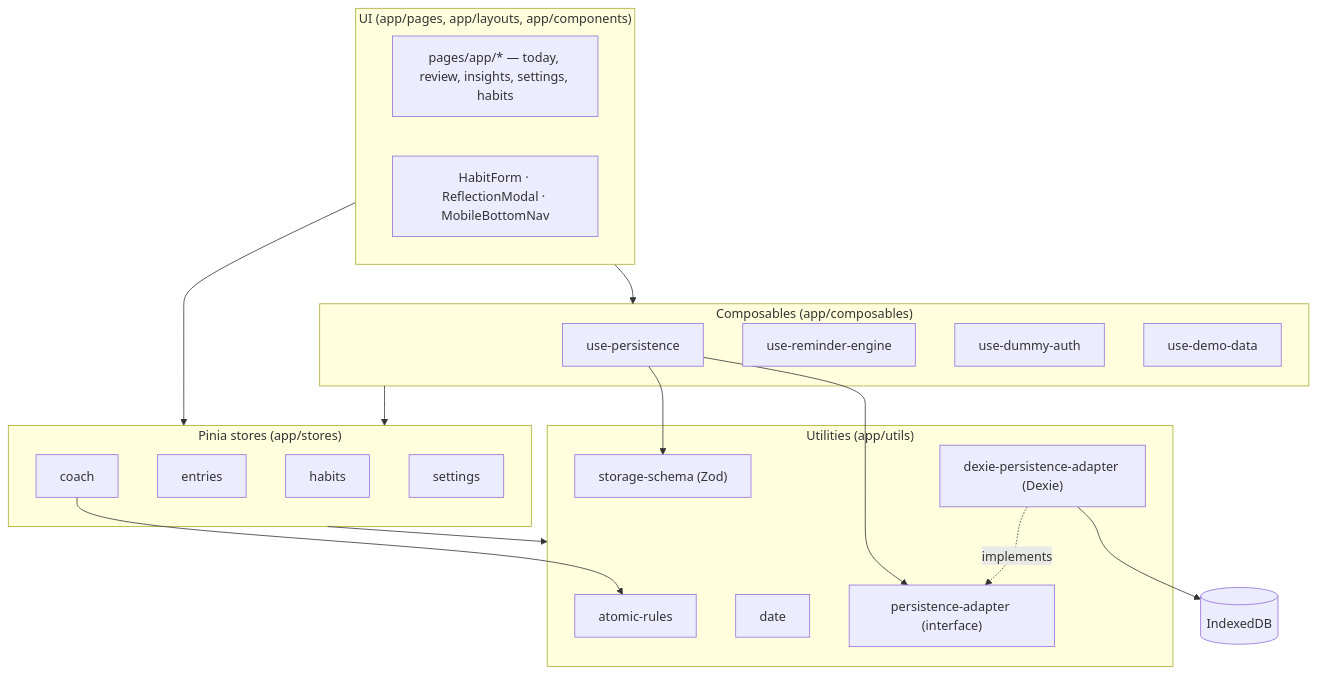
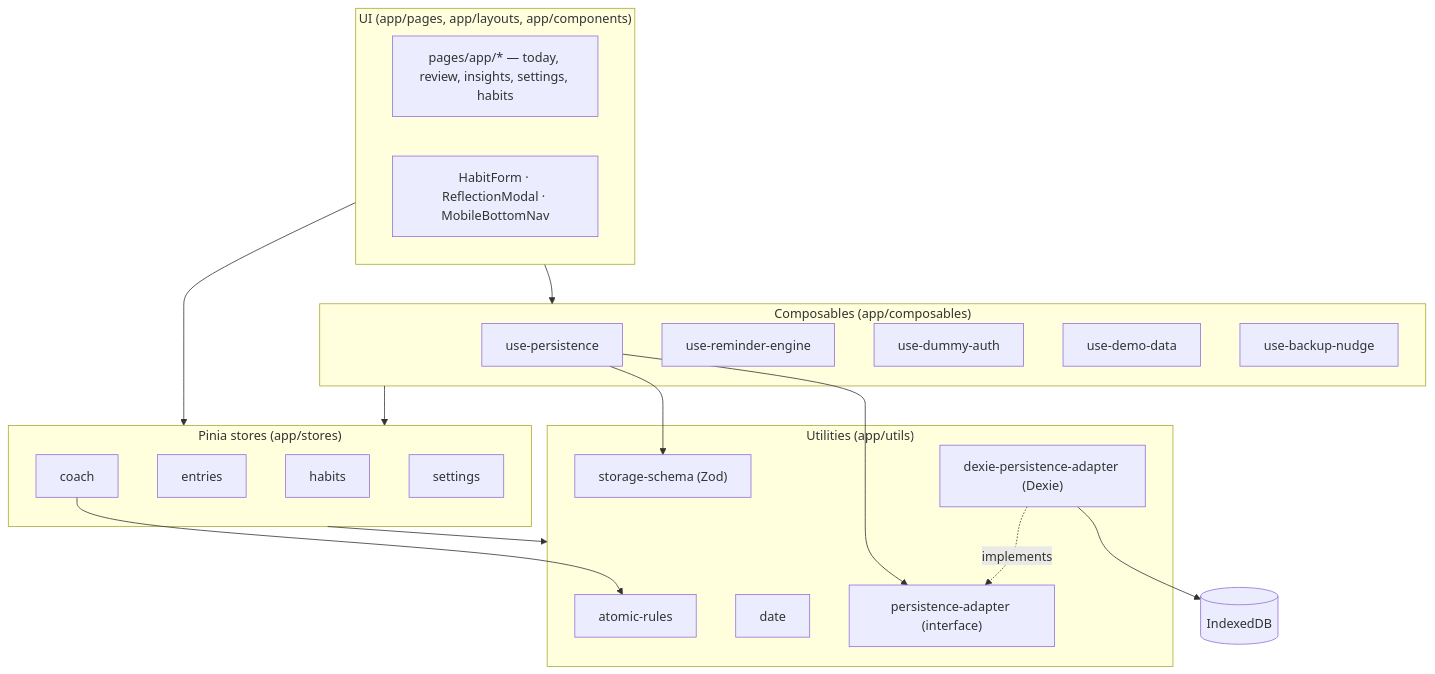
Before and after one commit to dinooo13/habit-tracker: the first of 3 diagrams in docs/architecture.md, drawn with Mermaid. The commit also changed 12 other files, not shown here.

First line of the commit message:
Add backup nudge for unexported data (#8)

````diff
--- a/docs/architecture.md
+++ b/docs/architecture.md
@@ -13,41 +13,42 @@
 ```mermaid
 flowchart TD
   subgraph UI["UI (app/pages, app/layouts, app/components)"]
     pages["pages/app/* — today, review, insights, settings, habits"]
     comps["HabitForm · ReflectionModal · MobileBottomNav"]
   end
 
   subgraph Stores["Pinia stores (app/stores)"]
     habits["habits"]
     entries["entries"]
     coach["coach"]
     settings["settings"]
   end
 
   subgraph Composables["Composables (app/composables)"]
     persistence["use-persistence"]
     reminders["use-reminder-engine"]
     auth["use-dummy-auth"]
     demo["use-demo-data"]
+    backup["use-backup-nudge"]
   end
 
   subgraph Utils["Utilities (app/utils)"]
     rules["atomic-rules"]
     date["date"]
     schema["storage-schema (Zod)"]
     adapter["persistence-adapter (interface)"]
     dexie["dexie-persistence-adapter (Dexie)"]
   end
 
   Storage[("IndexedDB")]
 
   UI --> Stores
   UI --> Composables
   Stores --> Utils
   Composables --> Stores
   persistence --> schema
   persistence --> adapter
   dexie -. implements .-> adapter
   dexie --> Storage
   coach --> rules
 ```
````
